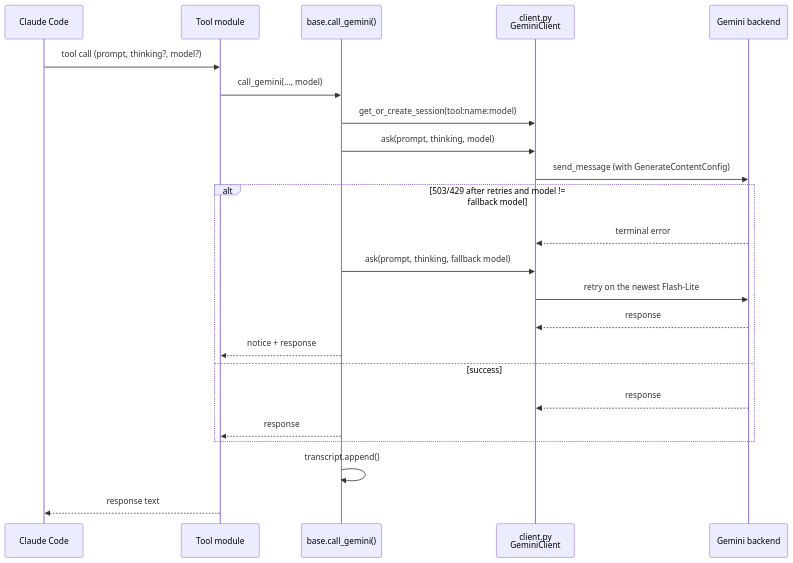
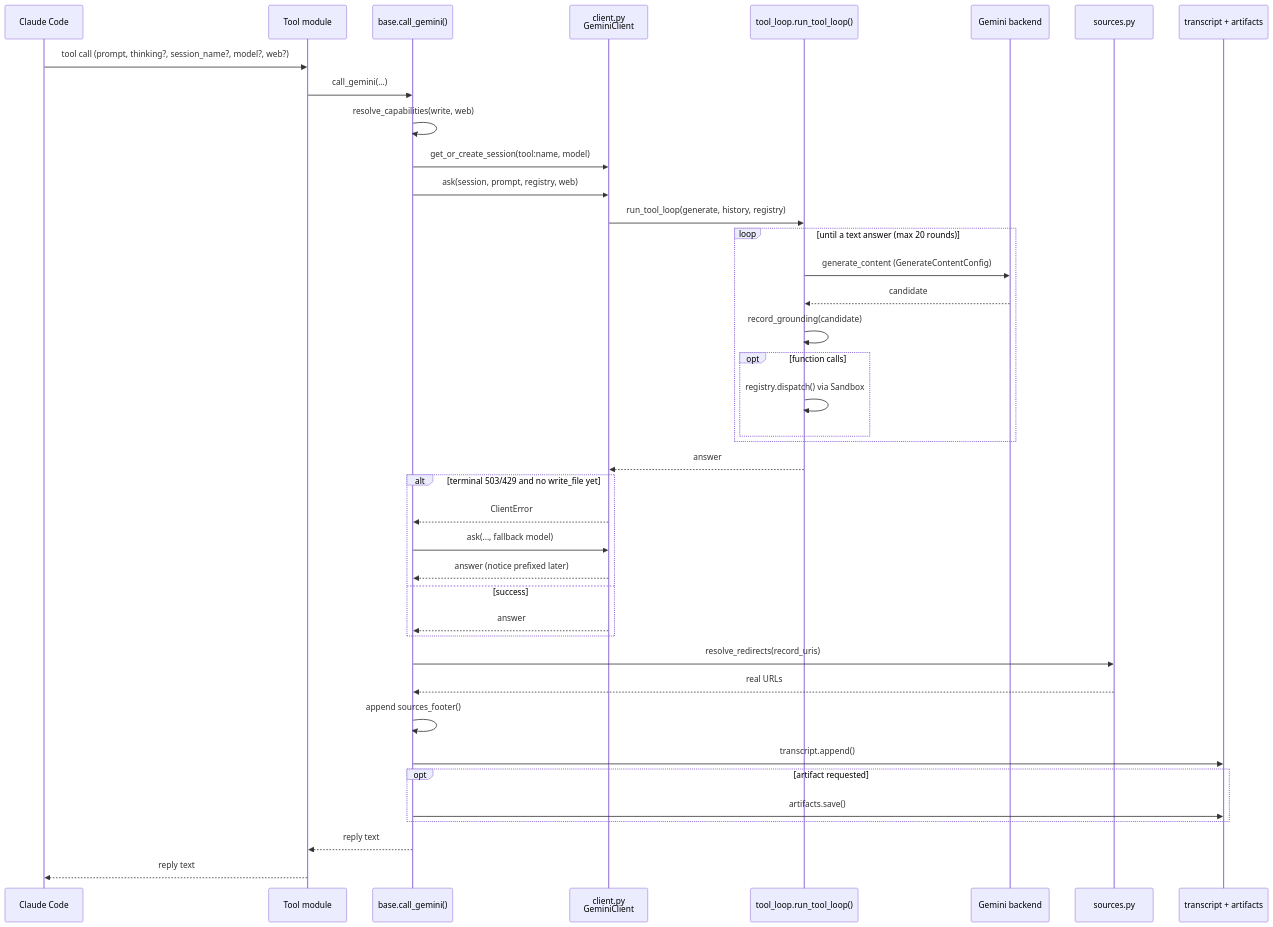
The second of 2 diagrams in docs/architecture.md (FlintAndFilament/gemini-bridge), drawn with Mermaid before and after one commit. The commit also changed other lines of this file and 9 other files, not shown here.

````diff
--- a/docs/architecture.md
+++ b/docs/architecture.md
@@ -50,26 +122,43 @@
 ```mermaid
 sequenceDiagram
     participant CC as Claude Code
     participant T as Tool module
     participant B as base.call_gemini()
     participant C as client.py<br/>GeminiClient
+    participant L as tool_loop.run_tool_loop()
     participant G as Gemini backend
+    participant S as sources.py
+    participant W as transcript + artifacts
 
-    CC->>T: tool call (prompt, thinking?, model?)
-    T->>B: call_gemini(..., model)
-    B->>C: get_or_create_session(tool:name:model)
-    B->>C: ask(prompt, thinking, model)
-    C->>G: send_message (with GenerateContentConfig)
-    alt 503/429 after retries and model != fallback model
-        G-->>C: terminal error
-        B->>C: ask(prompt, thinking, fallback model)
-        C->>G: retry on the newest Flash-Lite
-        G-->>C: response
-        B-->>T: notice + response
+    CC->>T: tool call (prompt, thinking?, session_name?, model?, web?)
+    T->>B: call_gemini(...)
+    B->>B: resolve_capabilities(write, web)
+    B->>C: get_or_create_session(tool:name, model)
+    B->>C: ask(session, prompt, registry, web)
+    C->>L: run_tool_loop(generate, history, registry)
+    loop until a text answer (max 20 rounds)
+        L->>G: generate_content (GenerateContentConfig)
+        G-->>L: candidate
+        L->>L: record_grounding(candidate)
+        opt function calls
+            L->>L: registry.dispatch() via Sandbox
+        end
+    end
+    L-->>C: answer
+    alt terminal 503/429 and no write_file yet
+        C-->>B: ClientError
+        B->>C: ask(..., fallback model)
+        C-->>B: answer (notice prefixed later)
     else success
-        G-->>C: response
-        B-->>T: response
+        C-->>B: answer
     end
-    B->>B: transcript.append()
-    T-->>CC: response text
+    B->>S: resolve_redirects(record_uris)
+    S-->>B: real URLs
+    B->>B: append sources_footer()
+    B->>W: transcript.append()
+    opt artifact requested
+        B->>W: artifacts.save()
+    end
+    B-->>T: reply text
+    T-->>CC: reply text
 ```
````
